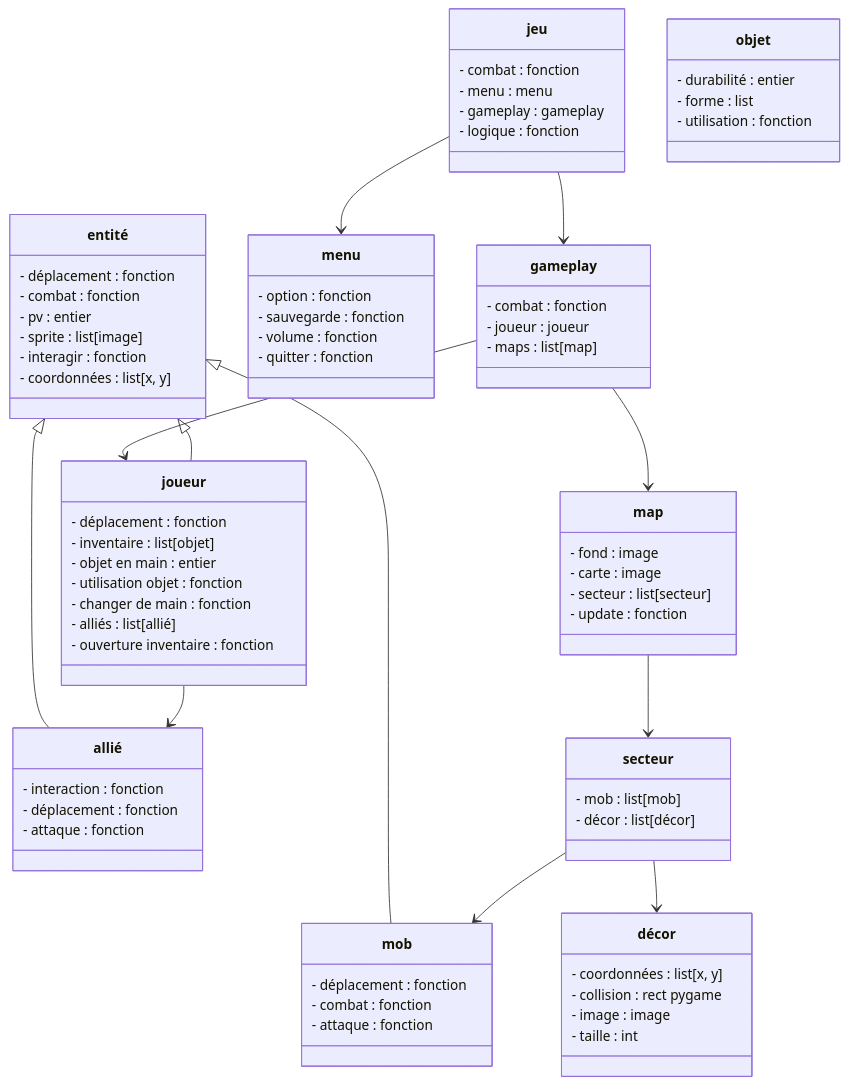
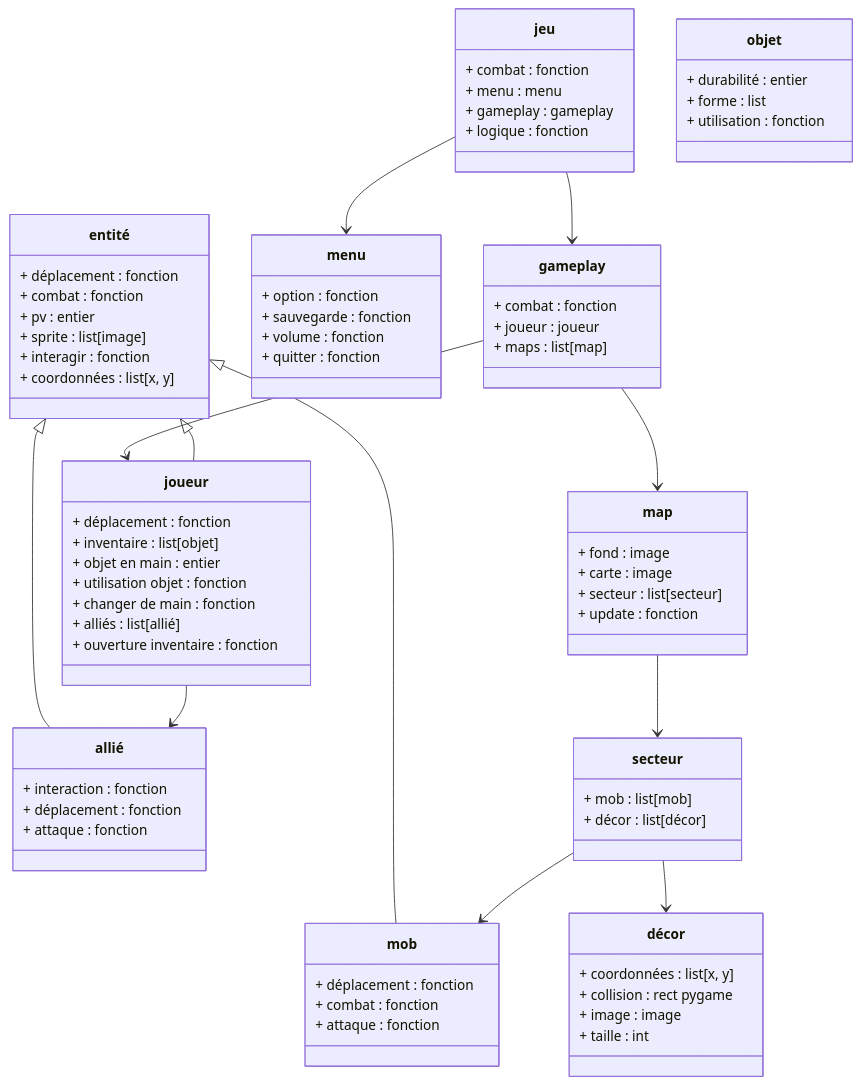
One commit to flofgi/Projet-prog-IE changed the diagram in classDiagram.mmd. Above: the diagram before and after it, drawn with Mermaid.

Commit message:
Refactor class diagram to change attributes from private to public visibility

```diff
--- a/classDiagram.mmd
+++ b/classDiagram.mmd
@@ -1,78 +1,78 @@
 classDiagram
     class jeu {
-        - combat : fonction
-        - menu : menu
-        - gameplay : gameplay
-        - logique : fonction
+        + combat : fonction
+        + menu : menu
+        + gameplay : gameplay
+        + logique : fonction
     }
     class gameplay {
-        - combat : fonction
-        - joueur : joueur
-        - maps : list[map]
+        + combat : fonction
+        + joueur : joueur
+        + maps : list[map]
     }
     class menu {
-        - option : fonction
-        - sauvegarde : fonction
-        - volume : fonction
-        - quitter : fonction
+        + option : fonction
+        + sauvegarde : fonction
+        + volume : fonction
+        + quitter : fonction
     }
     class entité {
-        - déplacement : fonction
-        - combat : fonction
-        - pv : entier
-        - sprite : list[image]
-        - interagir : fonction
-        - coordonnées : list[x, y]
+        + déplacement : fonction
+        + combat : fonction
+        + pv : entier
+        + sprite : list[image]
+        + interagir : fonction
+        + coordonnées : list[x, y]
     }
     class mob {
-        - déplacement : fonction
-        - combat : fonction
-        - attaque : fonction
+        + déplacement : fonction
+        + combat : fonction
+        + attaque : fonction
     }
     class objet {
-        - durabilité : entier
-        - forme : list
-        - utilisation : fonction
+        + durabilité : entier
+        + forme : list
+        + utilisation : fonction
     }
     class map {
-        - fond : image
-        - carte : image
-        - secteur : list[secteur]
-        - update : fonction
+        + fond : image
+        + carte : image
+        + secteur : list[secteur]
+        + update : fonction
     }
     class joueur {
-        - déplacement : fonction
-        - inventaire : list[objet]
-        - objet en main : entier
-        - utilisation objet : fonction
-        - changer de main : fonction
-        - alliés : list[allié]
-        - ouverture inventaire : fonction
+        + déplacement : fonction
+        + inventaire : list[objet]
+        + objet en main : entier
+        + utilisation objet : fonction
+        + changer de main : fonction
+        + alliés : list[allié]
+        + ouverture inventaire : fonction
     }
     class allié {
-        - interaction : fonction
-        - déplacement : fonction
-        - attaque : fonction
+        + interaction : fonction
+        + déplacement : fonction
+        + attaque : fonction
     }
     class secteur {
-        - mob : list[mob]
-        - décor : list[décor]
+        + mob : list[mob]
+        + décor : list[décor]
     }
     class décor {
-        - coordonnées : list[x, y]
-        - collision : rect pygame
-        - image : image
-        - taille : int
+        + coordonnées : list[x, y]
+        + collision : rect pygame
+        + image : image
+        + taille : int
     }
 
     gameplay --> joueur
     gameplay --> map
     jeu --> gameplay
     jeu --> menu
     entité <|-- joueur
     entité <|-- mob    
     entité <|-- allié
     secteur --> mob
     secteur --> décor
     joueur --> allié
     map --> secteur
```
